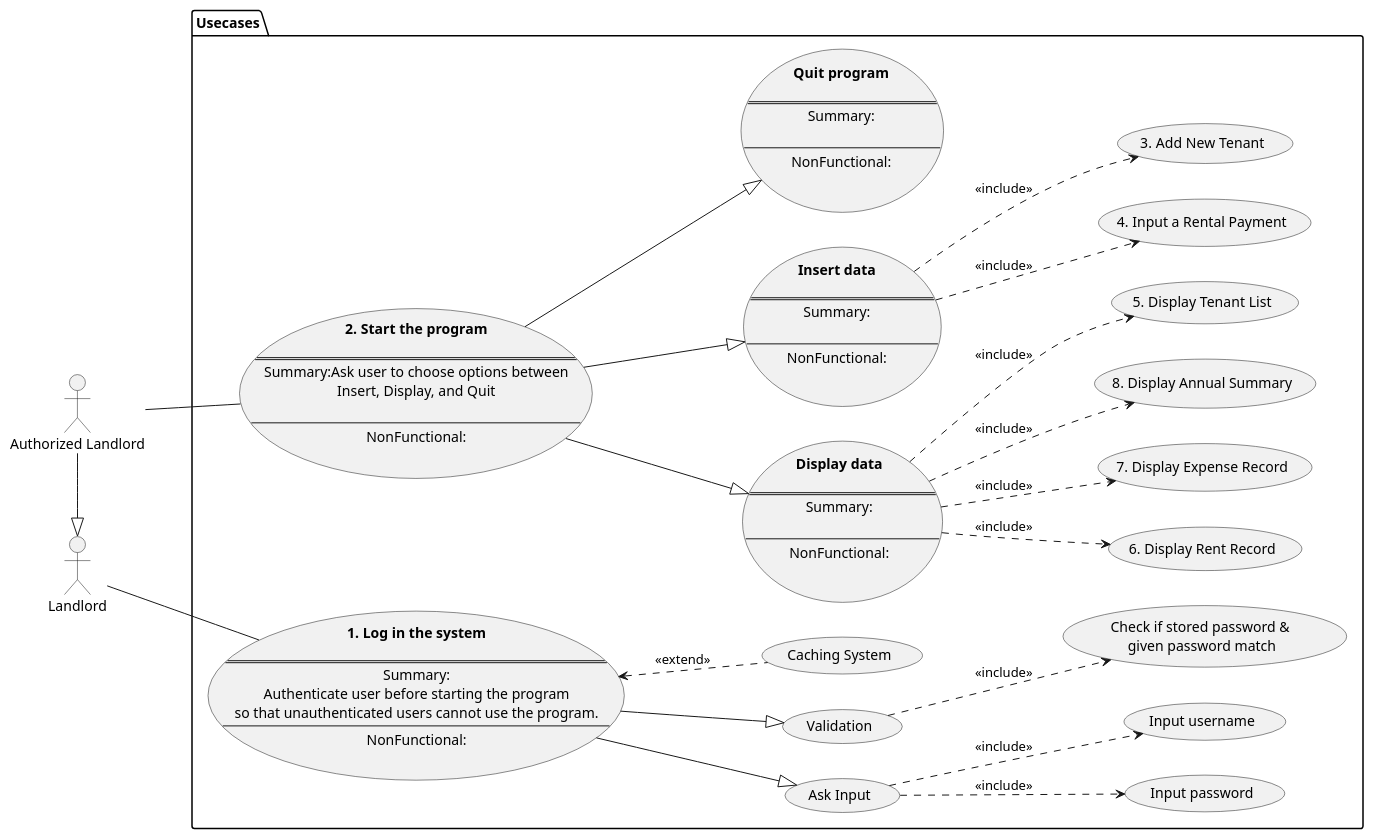
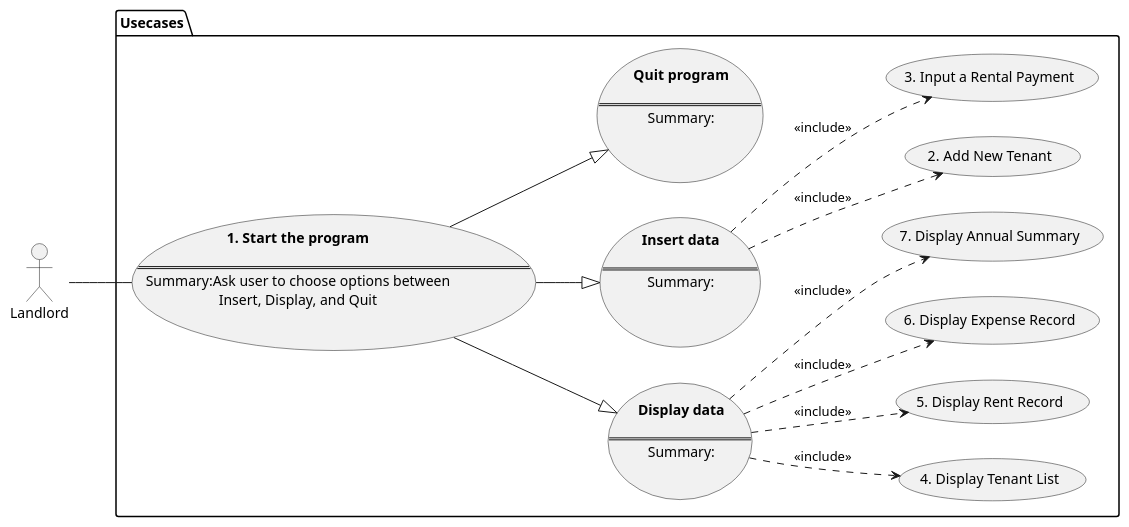
Before and after one commit to ben9543/CECS-343-Capstone-Project: the diagram in activity2/usecase.puml, drawn with PlantUML.

```diff
--- a/activity2/usecase.puml
+++ b/activity2/usecase.puml
@@ -1,85 +1,58 @@
 @startuml ben
 left to right direction
 actor Landlord as L
-actor "Authorized Landlord" as AL
 package "Usecases" {
-    
-    usecase LogIn as "**1. Log in the system**\n
+
+    usecase Start as "**1. Start the program**\n
     ==
-    Summary:\nAuthenticate user before starting the program\nso that unauthenticated users cannot use the program.
-    --
-    NonFunctional:\n
-    "
-    (Ask Input) as AI
-    (Validation) as V
-    (Caching System) as Cache
-    LogIn --|>AI
-    LogIn --|>V
-    LogIn <.. Cache: "<<extend>>"
-    AI ..>(Input username): "<<include>>"
-    AI ..>(Input password): "<<include>>"
-    V ..>(Check if stored password & \ngiven password match): "<<include>>"
-
-    usecase Start as "**2. Start the program**\n
-    ==
-    Summary:Ask user to choose options between\nInsert, Display, and Quit\n
-    --
-    NonFunctional:\n"
+    Summary:Ask user to choose options between\nInsert, Display, and Quit\n"
 
     usecase Display as "**Display data**\n
     ==
     Summary:\n
-    --
-    NonFunctional:\n
     "
 
-    (5. Display Tenant List) as DTL
-    (6. Display Rent Record) as DRR
-    (7. Display Expense Record) as DER
-    (8. Display Annual Summary) as DAS
+    (4. Display Tenant List) as DTL
+    (5. Display Rent Record) as DRR
+    (6. Display Expense Record) as DER
+    (7. Display Annual Summary) as DAS
     
     Display ..>(DTL): "<<include>>"
     Display ..>(DRR): "<<include>>"
     Display ..>(DER): "<<include>>"
     Display ..>(DAS): "<<include>>"
 
     /'
     DER ..> (Month Date): "<<include>>"
     DER ..> (Budget Category): "<<include>>"
     DER ..> (Payee): "<<include>>"
     DER ..> (Amount): "<<include>>"
-
     DAS ..> (Display Table): "<<include>>"
     DAS ..> (Display budget): "<<include>>"
     DAS ..> (Display balance): "<<include>>"
     '/
 
     usecase InsertData as "**Insert data**\n
     ==
     Summary:\n
-    --
-    NonFunctional:\n
+
     "
-    (3. Add New Tenant) as ANT
-    (4. Input a Rental Payment) as IRP
+    (2. Add New Tenant) as ANT
+    (3. Input a Rental Payment) as IRP
     InsertData ..> ANT: "<<include>>"
     InsertData ..> IRP: "<<include>>"
 
     usecase Quit as "**Quit program**\n
     ==
     Summary:\n
-    --
-    NonFunctional:\n
+
     "
 }
 
-
-AL -|> L
-L -- LogIn
-AL -- Start
+L -- Start
 
 Start --|> Display
 Start --|> InsertData
 Start --|> Quit
 
 @enduml
```
